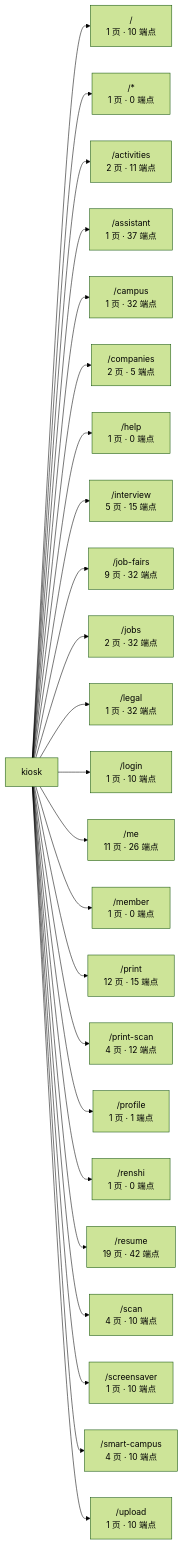
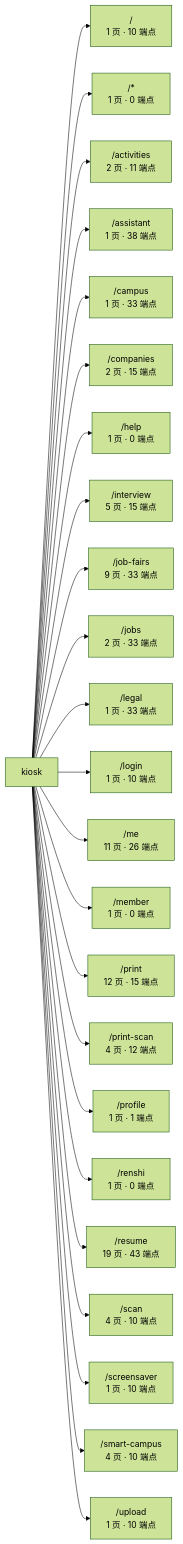
The first of 3 diagrams in docs/graph/routes.md (wanglei581/YITIJI), drawn with Mermaid (forest theme) before and after one commit. The commit also changed other lines of this file and 10 other files, not shown here.

````diff
--- a/docs/graph/routes.md
+++ b/docs/graph/routes.md
@@ -17,27 +17,27 @@
 ```mermaid
 flowchart LR
   app["kiosk"]
   app --> _root_["/<br/>1 页 · 10 端点"]
   app --> _["/*<br/>1 页 · 0 端点"]
   app --> activities["/activities<br/>2 页 · 11 端点"]
-  app --> assistant["/assistant<br/>1 页 · 37 端点"]
-  app --> campus["/campus<br/>1 页 · 32 端点"]
-  app --> companies["/companies<br/>2 页 · 5 端点"]
+  app --> assistant["/assistant<br/>1 页 · 38 端点"]
+  app --> campus["/campus<br/>1 页 · 33 端点"]
+  app --> companies["/companies<br/>2 页 · 15 端点"]
   app --> help["/help<br/>1 页 · 0 端点"]
   app --> interview["/interview<br/>5 页 · 15 端点"]
-  app --> job_fairs["/job-fairs<br/>9 页 · 32 端点"]
-  app --> jobs["/jobs<br/>2 页 · 32 端点"]
-  app --> legal["/legal<br/>1 页 · 32 端点"]
+  app --> job_fairs["/job-fairs<br/>9 页 · 33 端点"]
+  app --> jobs["/jobs<br/>2 页 · 33 端点"]
+  app --> legal["/legal<br/>1 页 · 33 端点"]
   app --> login["/login<br/>1 页 · 10 端点"]
   app --> me["/me<br/>11 页 · 26 端点"]
   app --> member["/member<br/>1 页 · 0 端点"]
   app --> print["/print<br/>12 页 · 15 端点"]
   app --> print_scan["/print-scan<br/>4 页 · 12 端点"]
   app --> profile["/profile<br/>1 页 · 1 端点"]
   app --> renshi["/renshi<br/>1 页 · 0 端点"]
-  app --> resume["/resume<br/>19 页 · 42 端点"]
+  app --> resume["/resume<br/>19 页 · 43 端点"]
   app --> scan["/scan<br/>4 页 · 10 端点"]
   app --> screensaver["/screensaver<br/>1 页 · 10 端点"]
   app --> smart_campus["/smart-campus<br/>4 页 · 10 端点"]
   app --> upload["/upload<br/>1 页 · 10 端点"]
 ```
````
